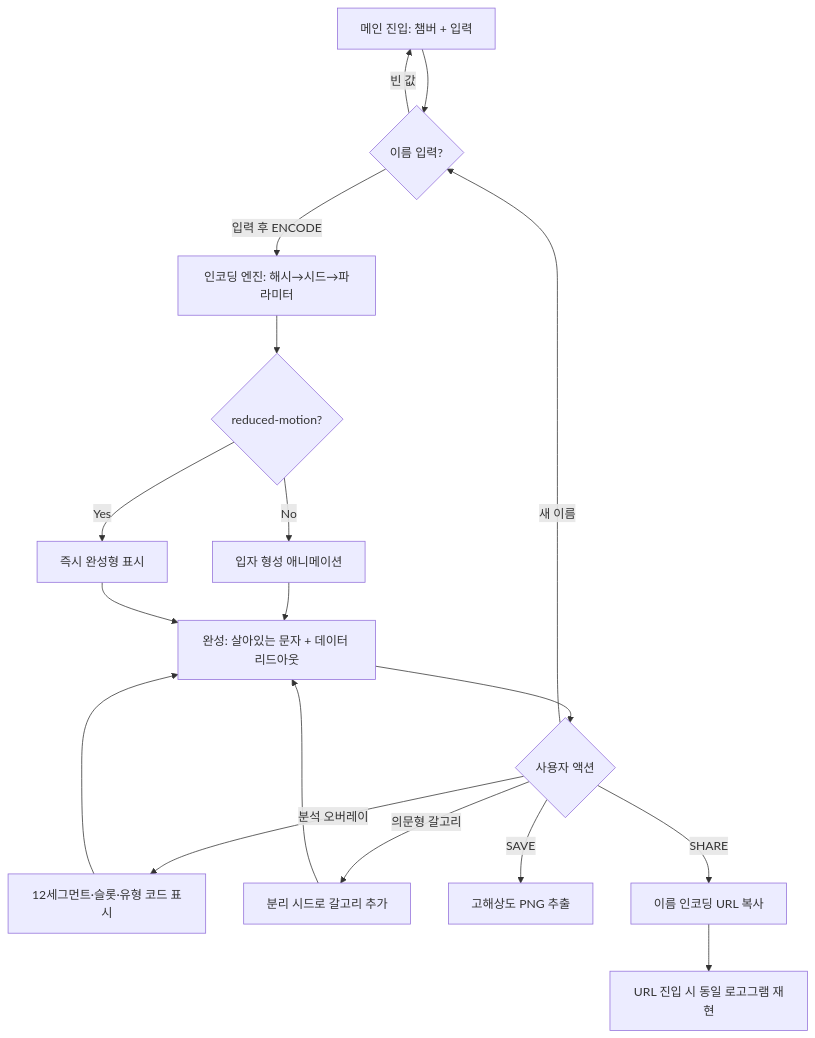
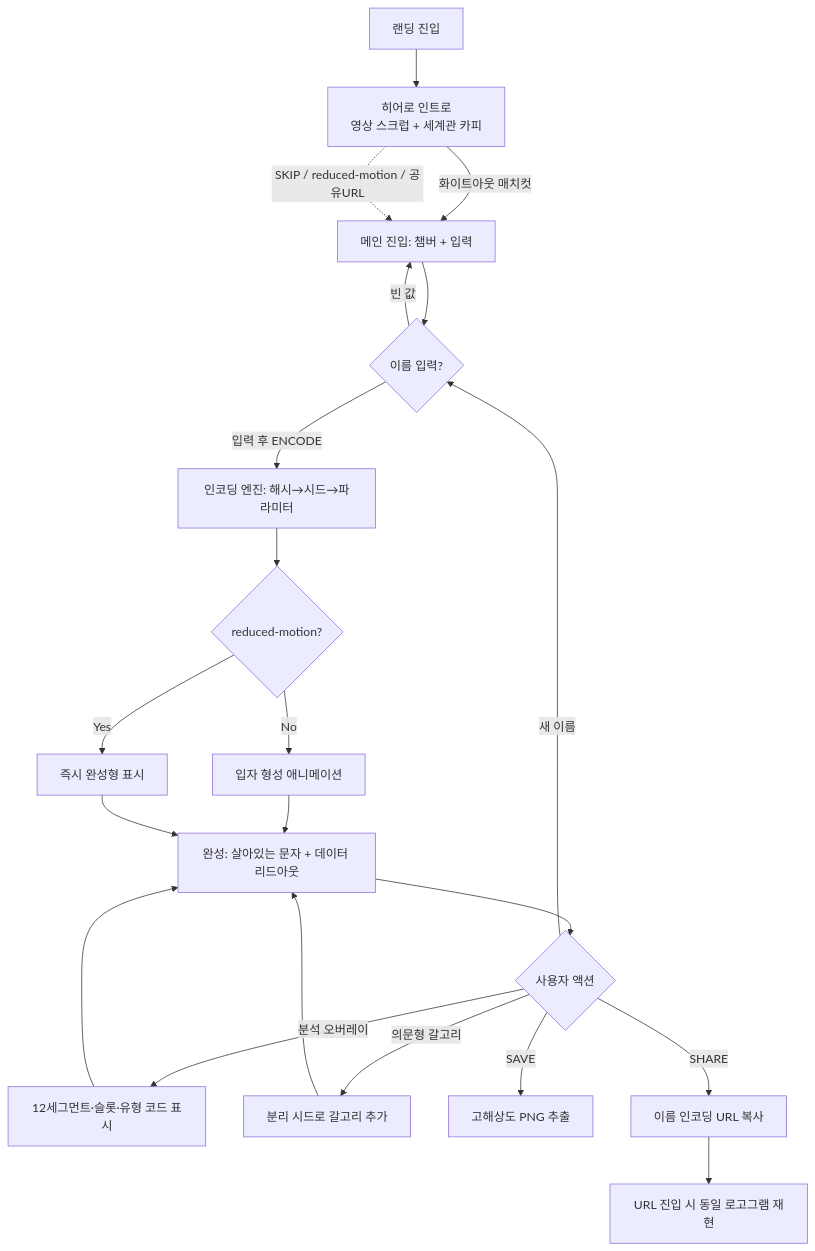
One commit to groovelb/heptapod-B changed the first of 2 diagrams in docs/heptapod-b-encoder/02-ux-flow.md. Above: the diagram before and after it, drawn with Mermaid. The commit also changed other lines of this file and 4 other files, not shown here.

````diff
--- a/docs/heptapod-b-encoder/02-ux-flow.md
+++ b/docs/heptapod-b-encoder/02-ux-flow.md
@@ -72,20 +90,23 @@
 ```mermaid
 flowchart TD
+    Z[랜딩 진입] --> Z1[히어로 인트로<br/>영상 스크럽 + 세계관 카피]
+    Z1 -->|화이트아웃 매치컷| A
+    Z1 -.SKIP / reduced-motion / 공유URL.-> A
     A[메인 진입: 챔버 + 입력] --> B{이름 입력?}
     B -->|빈 값| A
     B -->|입력 후 ENCODE| C[인코딩 엔진: 해시→시드→파라미터]
     C --> D{reduced-motion?}
     D -->|No| E[입자 형성 애니메이션]
     D -->|Yes| F[즉시 완성형 표시]
     E --> G[완성: 살아있는 문자 + 데이터 리드아웃]
     F --> G
     G --> H{사용자 액션}
     H -->|분석 오버레이| I[12세그먼트·슬롯·유형 코드 표시]
     H -->|의문형 갈고리| J[분리 시드로 갈고리 추가]
     H -->|SAVE| K[고해상도 PNG 추출]
     H -->|SHARE| L[이름 인코딩 URL 복사]
     H -->|새 이름| B
     I --> G
     J --> G
     L --> M[URL 진입 시 동일 로고그램 재현]
 ```
````
